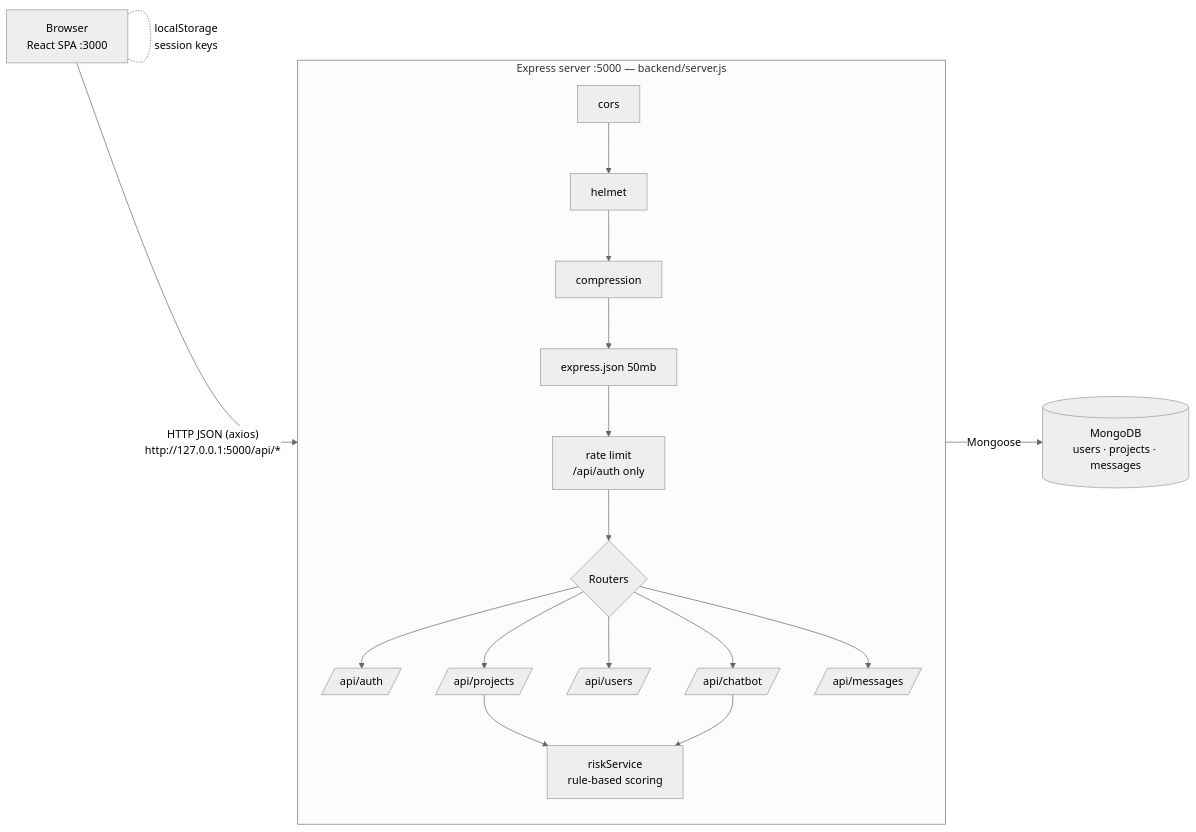
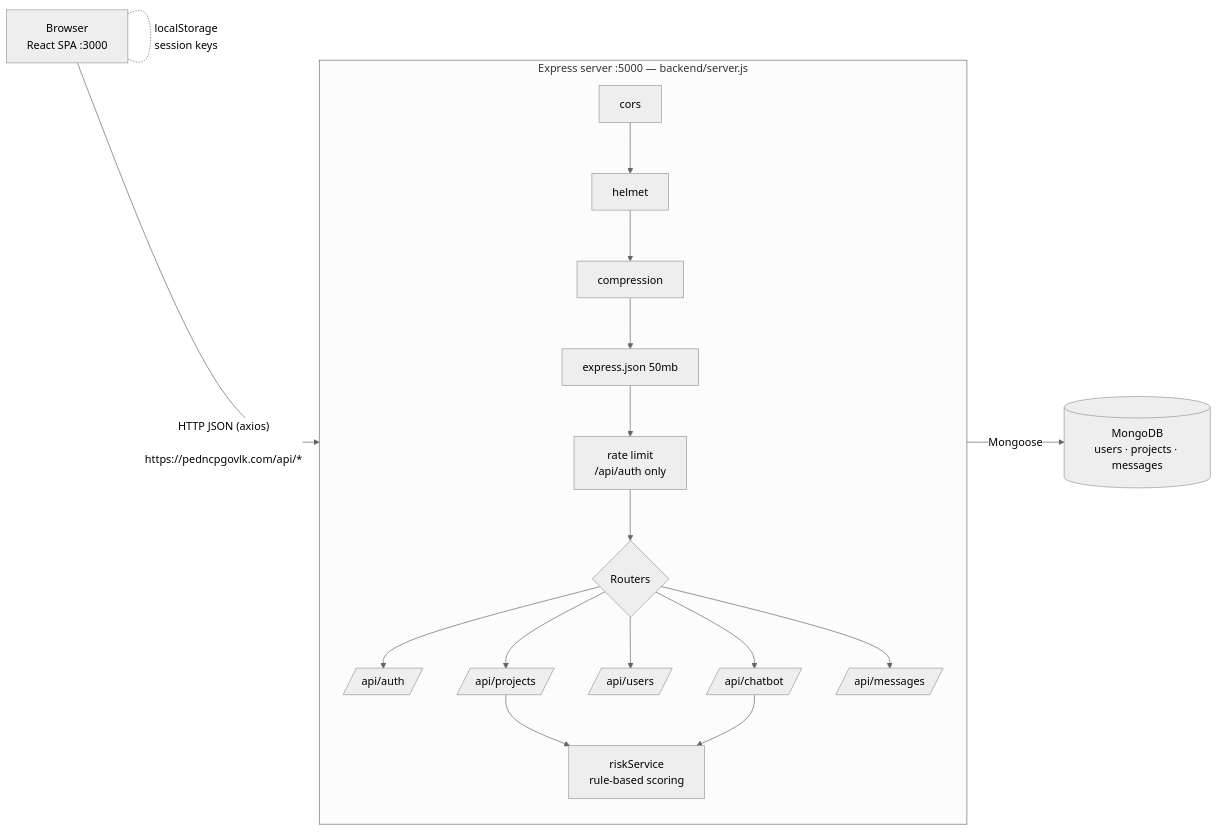
One commit to Project-Managment-System/software-engineering-project changed the first of 4 diagrams in docs/PROJECT_DOCUMENTATION.md. Above: the diagram before and after it, drawn with Mermaid (neutral theme). The commit also changed other lines of this file and 20 other files, not shown here.

````diff
--- a/docs/PROJECT_DOCUMENTATION.md
+++ b/docs/PROJECT_DOCUMENTATION.md
@@ -118,21 +118,21 @@
 ```mermaid
 flowchart LR
-    B[Browser<br/>React SPA :3000] -- "HTTP JSON (axios)<br/>http://127.0.0.1:5000/api/*" --> S
+    B[Browser<br/>React SPA :3000] -- "HTTP JSON (axios)<br/> https://pedncpgovlk.com/api/*" --> S
 
     subgraph S[Express server :5000 — backend/server.js]
         direction TB
         M1[cors] --> M2[helmet] --> M3[compression] --> M4[express.json 50mb]
         M4 --> RL[rate limit<br/>/api/auth only]
         RL --> R{Routers}
         R --> A[/api/auth/]
         R --> P[/api/projects/]
         R --> U[/api/users/]
         R --> C[/api/chatbot/]
         R --> MS[/api/messages/]
         P --> RS[riskService<br/>rule-based scoring]
         C --> RS
     end
 
     S -- Mongoose --> DB[(MongoDB<br/>users · projects · messages)]
     B -. "localStorage<br/>session keys" .- B
 ```
````
